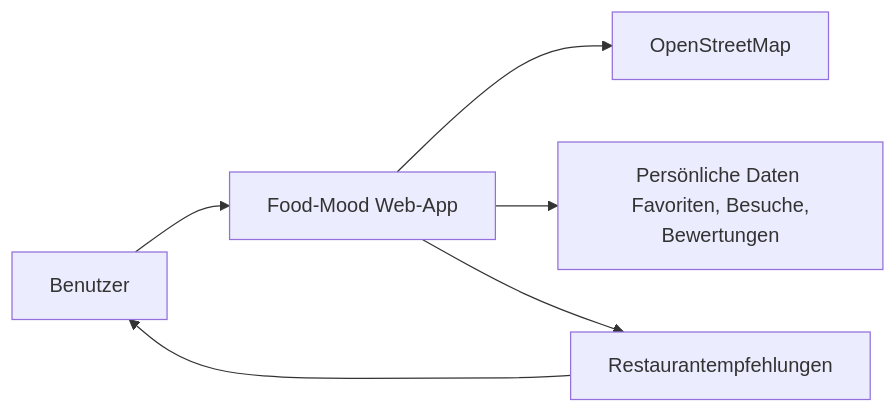
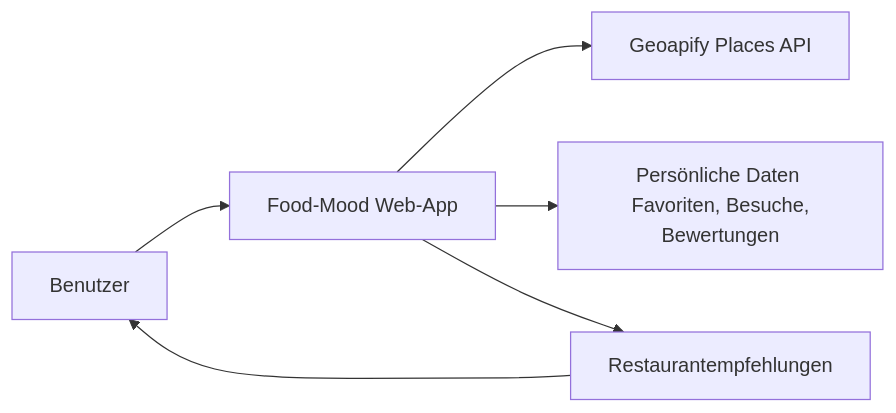
One commit to ahil-trq/thm_wk-1106_food-mood changed the diagram in docs/arch/A01-Einfuehrung-und-Ziele.md. Above: the diagram before and after it, drawn with Mermaid. The commit also changed other lines of this file and 14 other files, not shown here.

````diff
--- a/docs/arch/A01-Einfuehrung-und-Ziele.md
+++ b/docs/arch/A01-Einfuehrung-und-Ziele.md
@@ -72,8 +72,8 @@
 ```mermaid
 flowchart LR
     U[Benutzer] --> A[Food-Mood Web-App]
-    A --> O[OpenStreetMap]
+    A --> O[Geoapify Places API]
     A --> D[Persönliche Daten \n Favoriten, Besuche, Bewertungen]
     A --> R[Restaurantempfehlungen]
     R --> U
 ```
````
